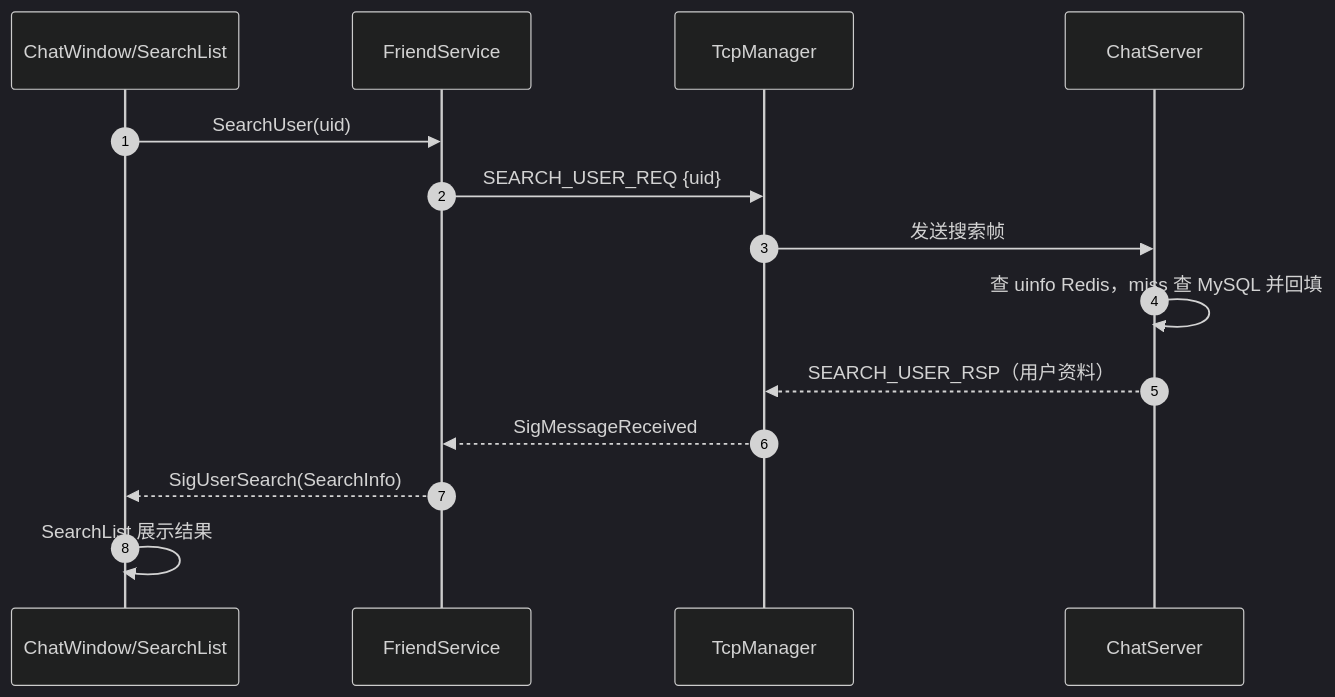
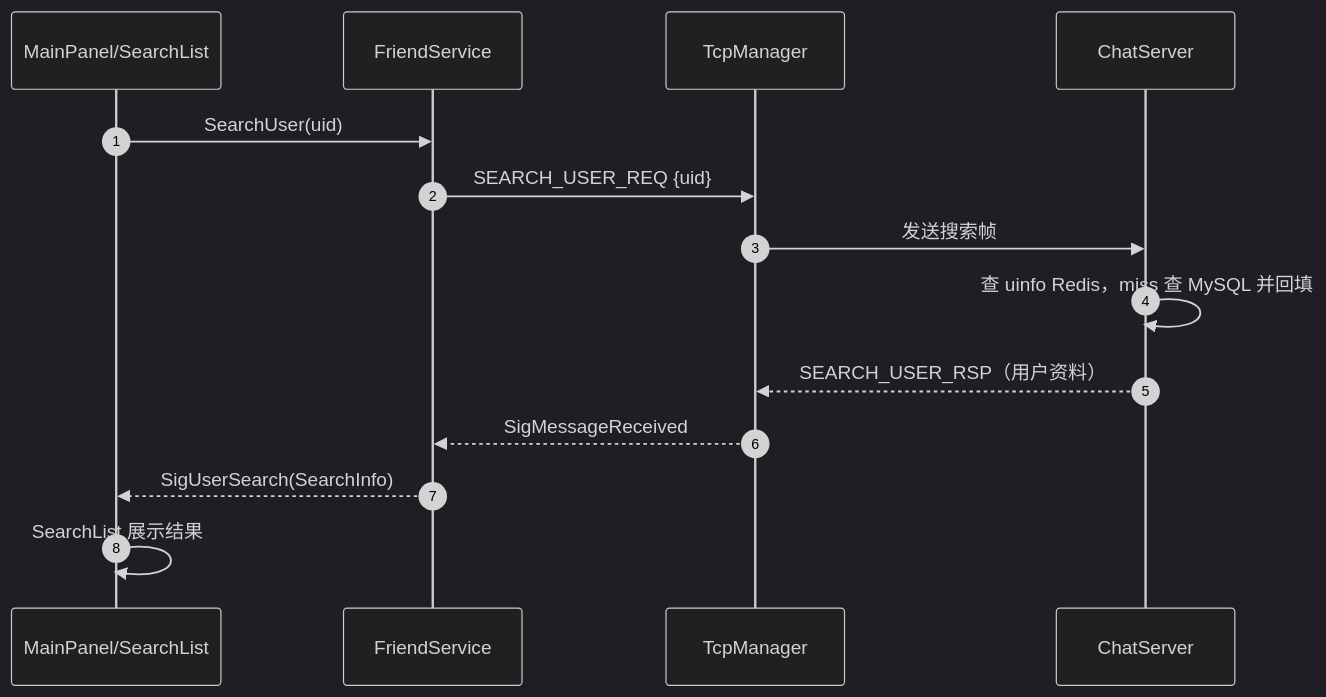
The fifth of 10 diagrams in Client/README.md (codeT2001/MyChat), drawn with Mermaid (dark theme) before and after one commit. The commit also changed other lines of this file and 132 other files, not shown here.

````diff
--- a/Client/README.md
+++ b/Client/README.md
@@ -217,17 +217,17 @@
 ```mermaid
 sequenceDiagram
     autonumber
-    participant W as ChatWindow/SearchList
+    participant W as MainPanel/SearchList
     participant F as FriendService
     participant T as TcpManager
     participant C as ChatServer
 
     W->>F: SearchUser(uid)
     F->>T: SEARCH_USER_REQ {uid}
     T->>C: 发送搜索帧
     C->>C: 查 uinfo Redis，miss 查 MySQL 并回填
     C-->>T: SEARCH_USER_RSP（用户资料）
     T-->>F: SigMessageReceived
     F-->>W: SigUserSearch(SearchInfo)
     W->>W: SearchList 展示结果
 ```
````
